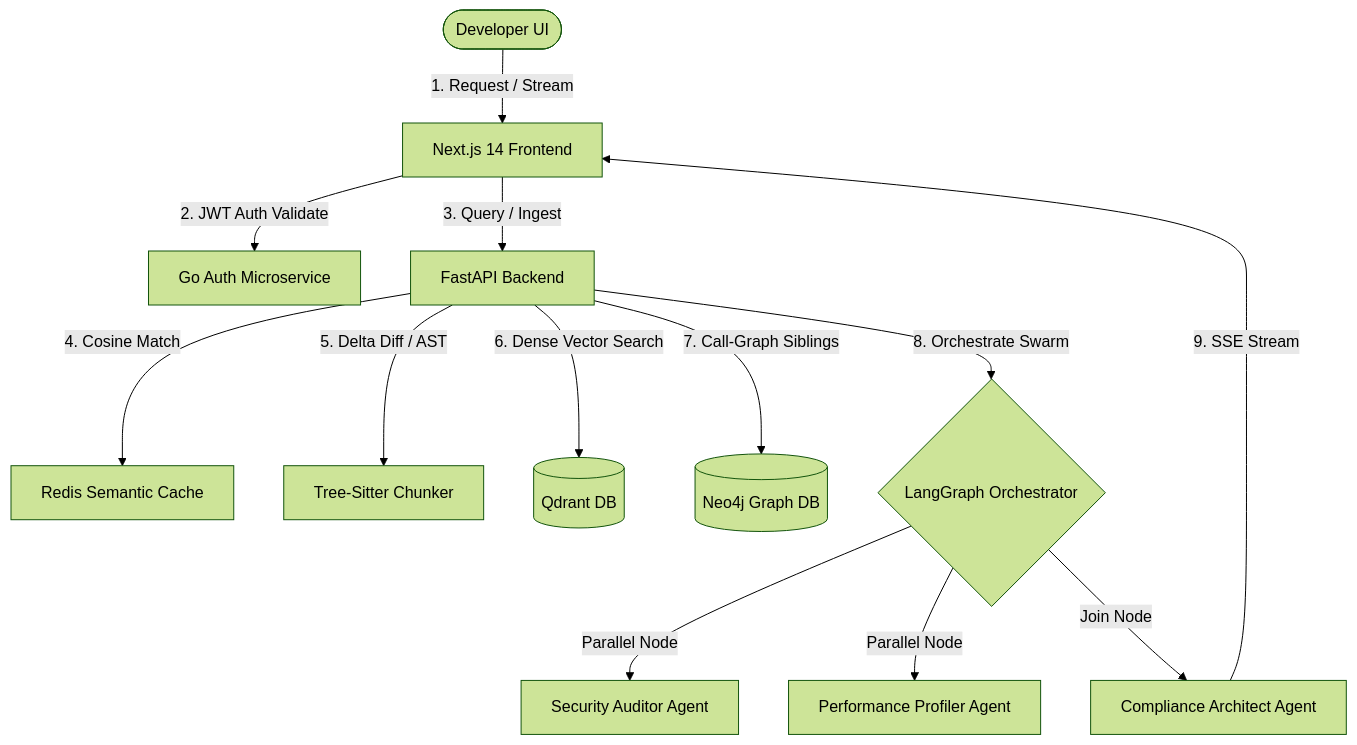
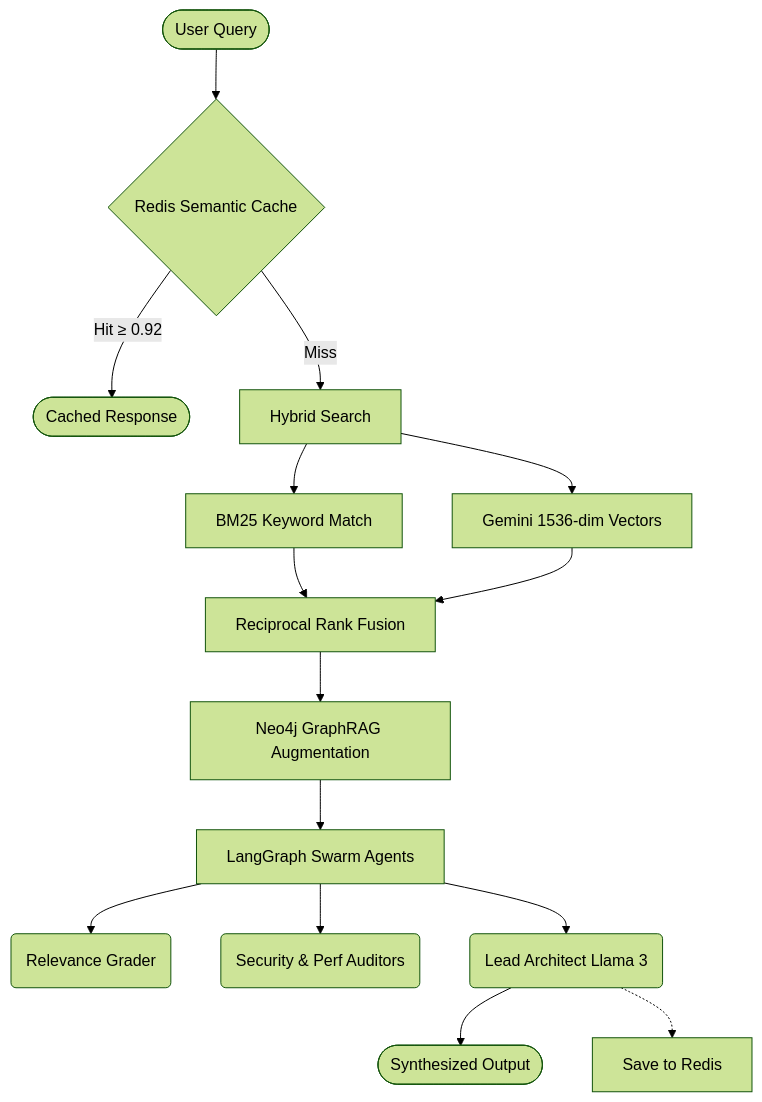
Before and after one commit to sakshamkamra33/vortex-codebase-intelligence: the diagram in README.md, drawn with Mermaid (forest theme). The commit also changed other lines of this file and 15 other files, not shown here.

Commit message:
feat: upgrade to v1.1 - GraphRAG, Semantic Cache, and Gemini/Groq integration

````diff
--- a/README.md
+++ b/README.md
@@ -94,19 +25,21 @@
 ```mermaid
 graph TD
-    User([Developer UI]) -->|1. Request / Stream| NextJS[Next.js 14 Frontend]
-    NextJS -->|2. JWT Auth Validate| GoAuth[Go Auth Microservice]
-    NextJS -->|3. Query / Ingest| FastAPI[FastAPI Backend]
+    User([User Query]) --> Cache{Redis Semantic Cache}
+    Cache -- Hit ≥ 0.92 --> Response([Cached Response])
+    Cache -- Miss --> HybridSearch[Hybrid Search]
     
-    FastAPI -->|4. Cosine Match| Redis[Redis Semantic Cache]
-    FastAPI -->|5. Delta Diff / AST| TreeSitter[Tree-Sitter Chunker]
+    HybridSearch --> BM25[BM25 Keyword Match]
+    HybridSearch --> Dense[Gemini 1536-dim Vectors]
+    BM25 --> RRF[Reciprocal Rank Fusion]
+    Dense --> RRF
     
-    FastAPI -->|6. Dense Vector Search| Qdrant[(Qdrant DB)]
-    FastAPI -->|7. Call-Graph Siblings| Neo4j[(Neo4j Graph DB)]
+    RRF --> GraphRAG[Neo4j GraphRAG Augmentation]
+    GraphRAG --> LangGraph[LangGraph Swarm Agents]
     
-    FastAPI -->|8. Orchestrate Swarm| LangGraph{LangGraph Orchestrator}
-    LangGraph -->|Parallel Node| SecAgent[Security Auditor Agent]
-    LangGraph -->|Parallel Node| PerfAgent[Performance Profiler Agent]
-    LangGraph -->|Join Node| ArcAgent[Compliance Architect Agent]
+    LangGraph --> Grader(Relevance Grader)
+    LangGraph --> Auditor(Security & Perf Auditors)
+    LangGraph --> Architect(Lead Architect Llama 3)
     
-    ArcAgent -->|9. SSE Stream| NextJS
+    Architect --> Final([Synthesized Output])
+    Architect -.-> SaveCache[Save to Redis]
 ```
````
